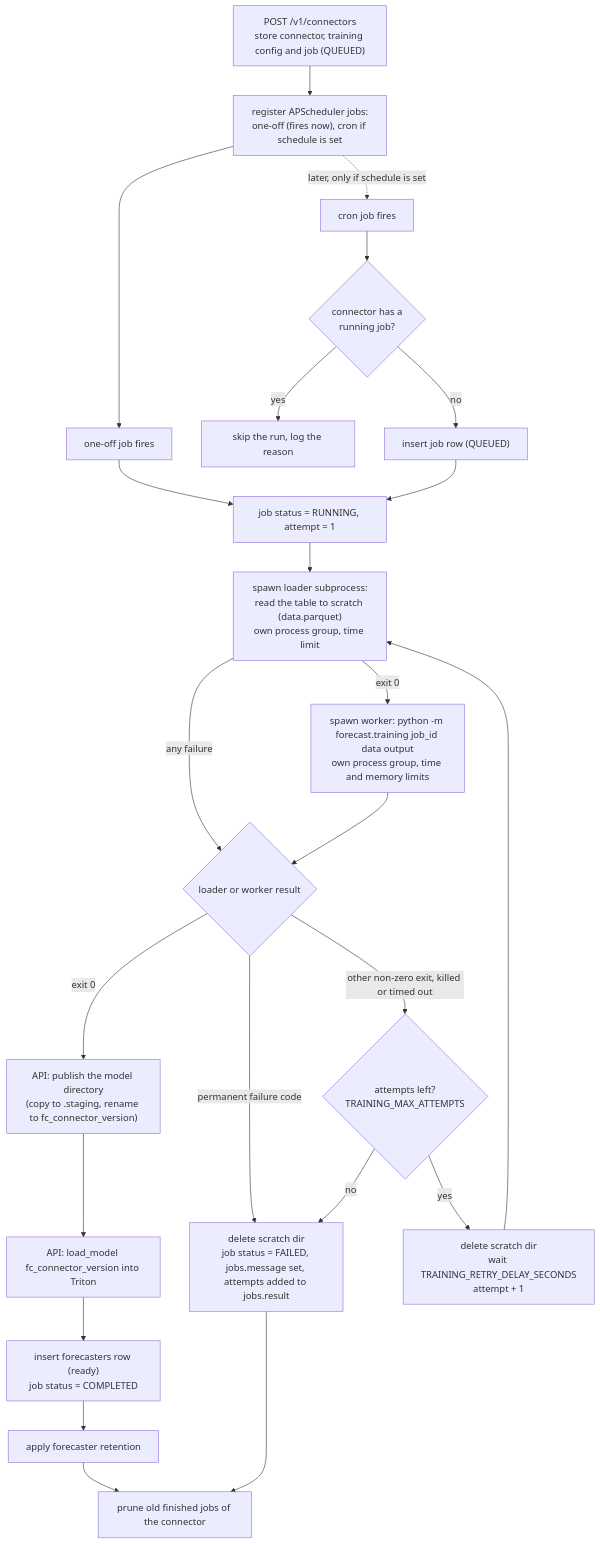
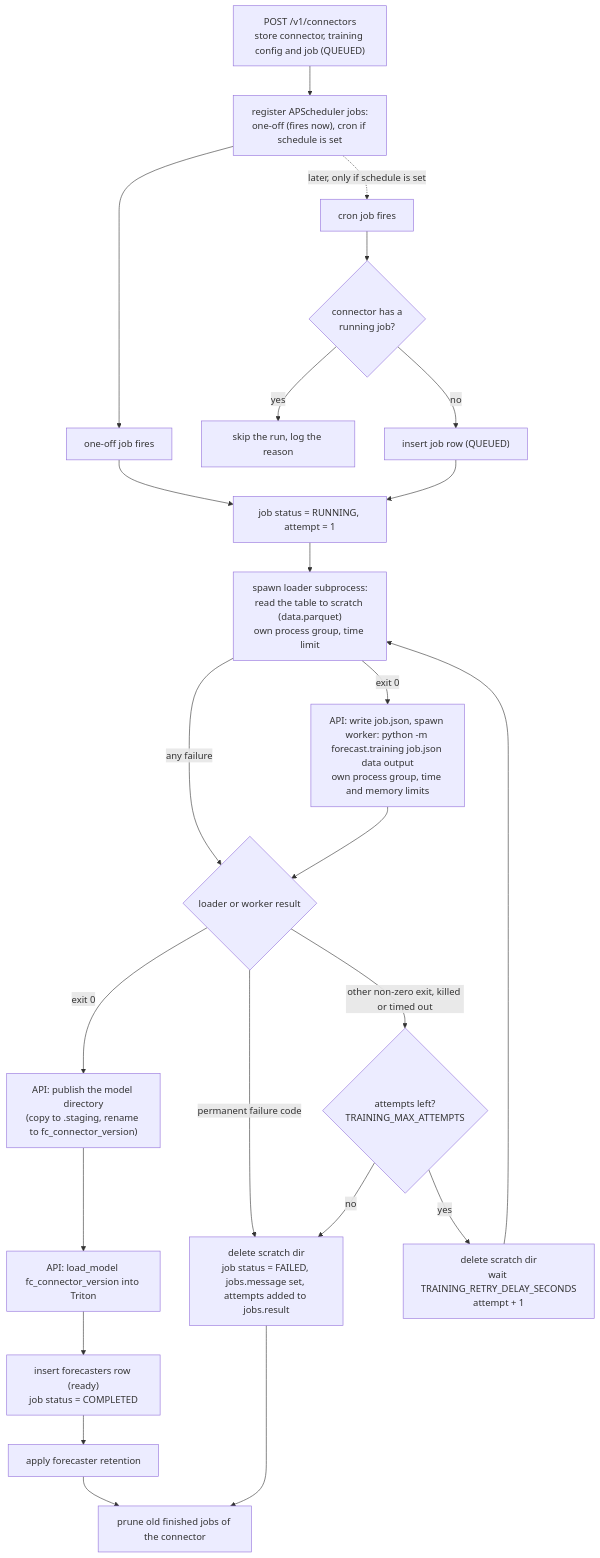
One commit to IBM/project-ai-services changed the first of 4 diagrams in docs/proposals/forecast_service_proposal.md. Above: the diagram before and after it, drawn with Mermaid. The commit also changed other lines of this file and 21 other files, not shown here.

````diff
--- a/docs/proposals/forecast_service_proposal.md
+++ b/docs/proposals/forecast_service_proposal.md
@@ -107,30 +108,30 @@
 ```mermaid
 flowchart TD
     POST["POST /v1/connectors<br/>store connector, training config and job (QUEUED)"] --> REG["register APScheduler jobs:<br/>one-off (fires now), cron if schedule is set"]
     REG --> ONE["one-off job fires"]
     REG -.->|"later, only if schedule is set"| CRON["cron job fires"]
 
     CRON --> ACTIVE{"connector has a<br/>running job?"}
     ACTIVE -- yes --> SKIP["skip the run, log the reason"]
     ACTIVE -- no --> INS["insert job row (QUEUED)"]
 
     ONE --> RUN
     INS --> RUN["job status = RUNNING, attempt = 1"]
     RUN --> READ["spawn loader subprocess:<br/>read the table to scratch (data.parquet)<br/>own process group, time limit"]
-    READ -- "exit 0" --> SPAWN["spawn worker: python -m forecast.training job_id data output<br/>own process group, time and memory limits"]
+    READ -- "exit 0" --> SPAWN["API: write job.json, spawn worker: python -m forecast.training job.json data output<br/>own process group, time and memory limits"]
     READ -- "any failure" --> EXIT
     SPAWN --> EXIT{"loader or worker result"}
 
     EXIT -- "exit 0" --> PUB["API: publish the model directory<br/>(copy to .staging, rename to fc_connector_version)"]
     PUB --> LOAD["API: load_model fc_connector_version into Triton"]
     LOAD --> REC["insert forecasters row (ready)<br/>job status = COMPLETED"]
     REC --> RET["apply forecaster retention"]
     RET --> PRUNE
 
     EXIT -- "permanent failure code" --> FAIL
     EXIT -- "other non-zero exit, killed or timed out" --> MORE{"attempts left?<br/>TRAINING_MAX_ATTEMPTS"}
     MORE -- yes --> WAIT["delete scratch dir<br/>wait TRAINING_RETRY_DELAY_SECONDS<br/>attempt + 1"]
     WAIT --> READ
     MORE -- no --> FAIL["delete scratch dir<br/>job status = FAILED, jobs.message set, attempts added to jobs.result"]
     FAIL --> PRUNE["prune old finished jobs of the connector"]
 ```
````
